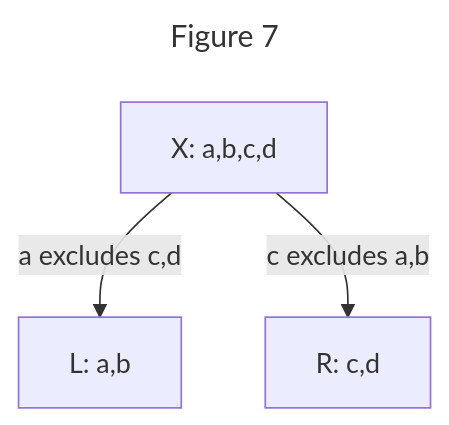
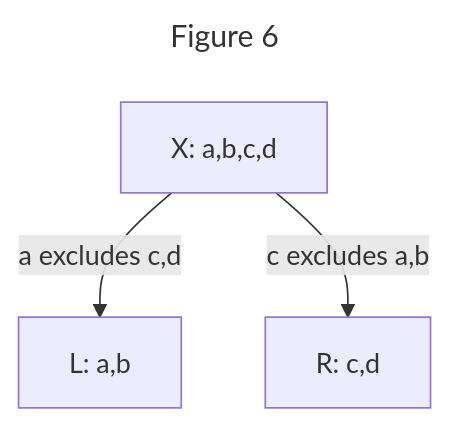
One commit to ssbc/ssb-group-exclusion-spec changed the sixth of 8 diagrams in README.md. Above: the diagram before and after it, drawn with Mermaid. The commit also changed other lines of this file, not shown here.

````diff
--- a/README.md
+++ b/README.md
@@ -360,9 +349,9 @@
 ```mermaid
 ---
-title: Figure 7
+title: Figure 6
 ---
 graph TB;
   zero[X: a,b,c,d]
   zero--"a excludes c,d"-->L[L: a,b]
   zero--"c excludes a,b"-->R[R: c,d]
 ```
````
